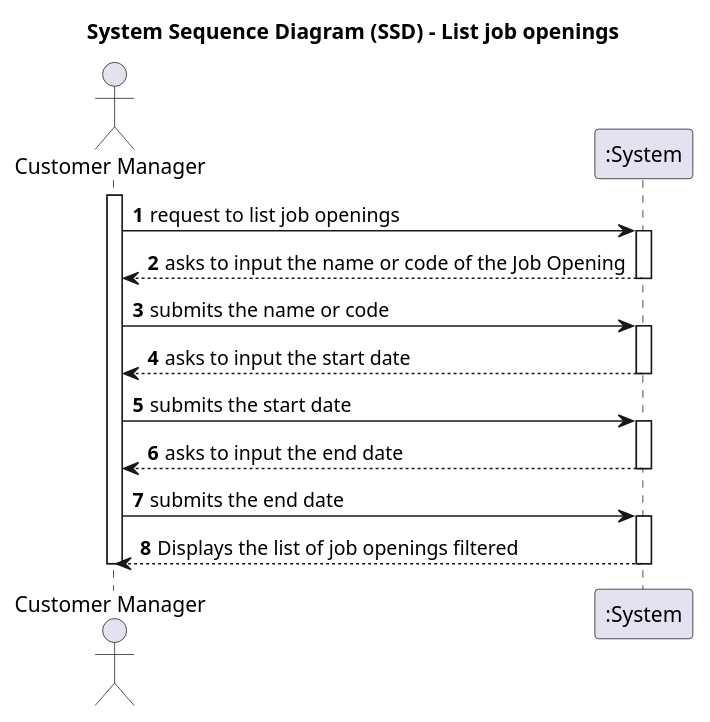
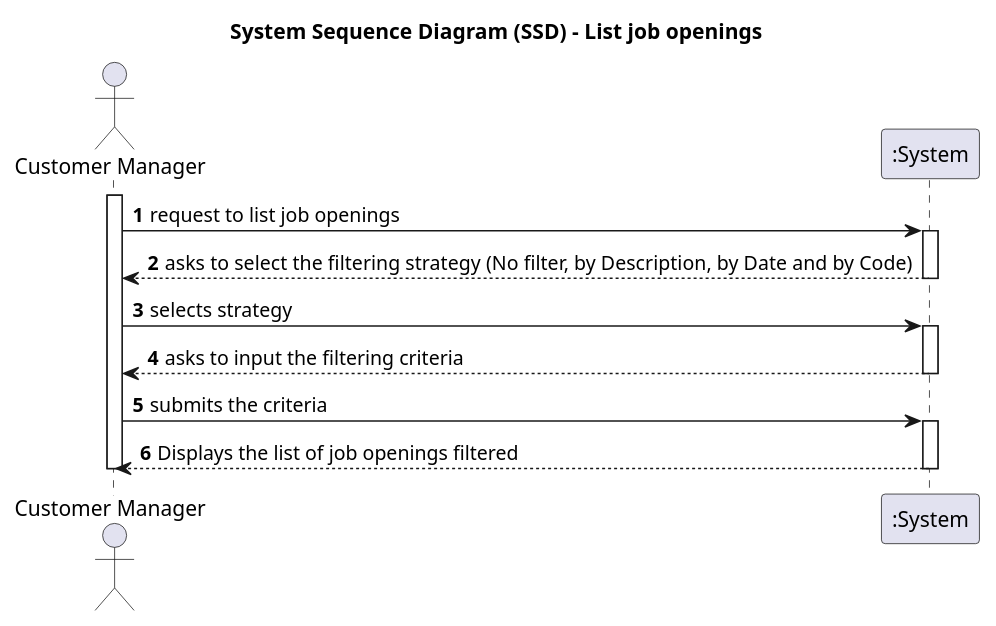
Before and after one commit to marcoferreira37/Lapr4: the diagram in docs/sprintB/1003/1003-system-sequence-diagram.puml, drawn with PlantUML. The commit also changed 2 other files, not shown here.

```diff
--- a/docs/sprintB/1003/1003-system-sequence-diagram.puml
+++ b/docs/sprintB/1003/1003-system-sequence-diagram.puml
@@ -1,54 +1,46 @@
 @startuml
 'skinparam monochrome true
 'skinparam packageStyle rectangle
 'skinparam shadowing false
 
 title System Sequence Diagram (SSD) - List job openings
 
 autonumber
 
 actor "Customer Manager" as Agent
 participant ":System" as System
 
 activate Agent
 
 Agent -> System : request to list job openings
 
 activate System
 
-    System --> Agent : asks to input the name or code of the Job Opening
+    System --> Agent : asks to select the filtering strategy (No filter, by Description, by Date and by Code)
 
 deactivate System
 
 
-Agent -> System : submits the name or code
+Agent -> System : selects strategy
 
 activate System
 
-System --> Agent : asks to input the start date
+    System --> Agent : asks to input the filtering criteria
 
 deactivate System
 
-Agent -> System : submits the start date
+Agent -> System : submits the criteria
 
-activate System
-
-System --> Agent : asks to input the end date
-
-
-deactivate System
-
-Agent -> System : submits the end date
 
 activate System
 
 
 
 
 
  System --> Agent : Displays the list of job openings filtered
 deactivate System
 
 deactivate Agent
 
 @enduml
```
